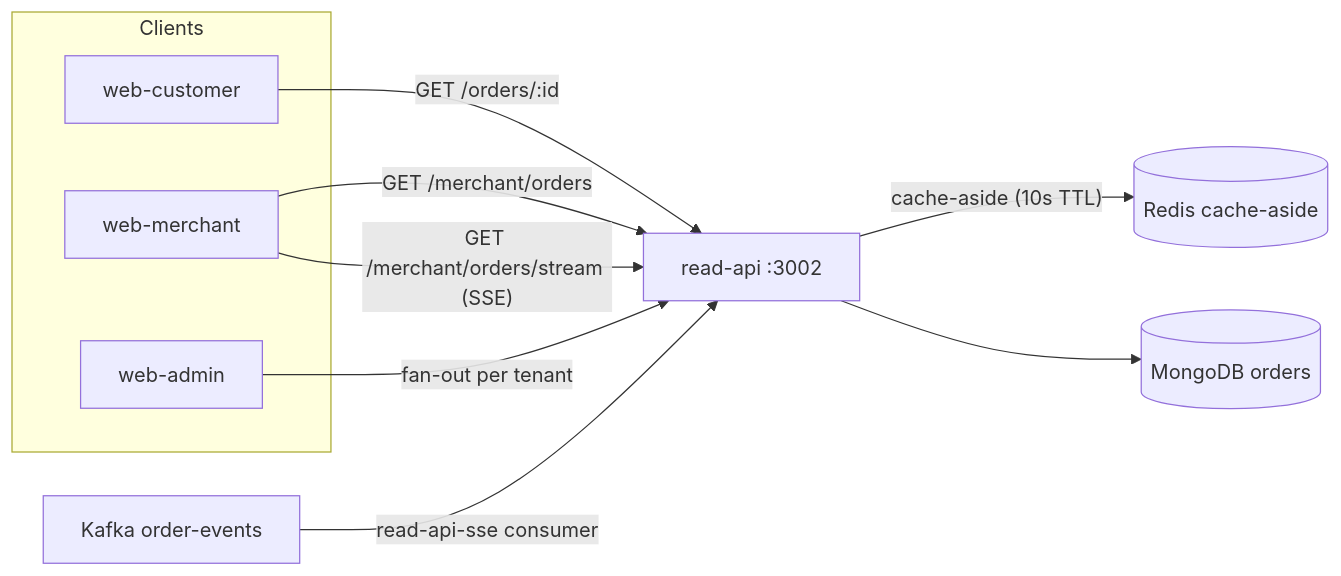
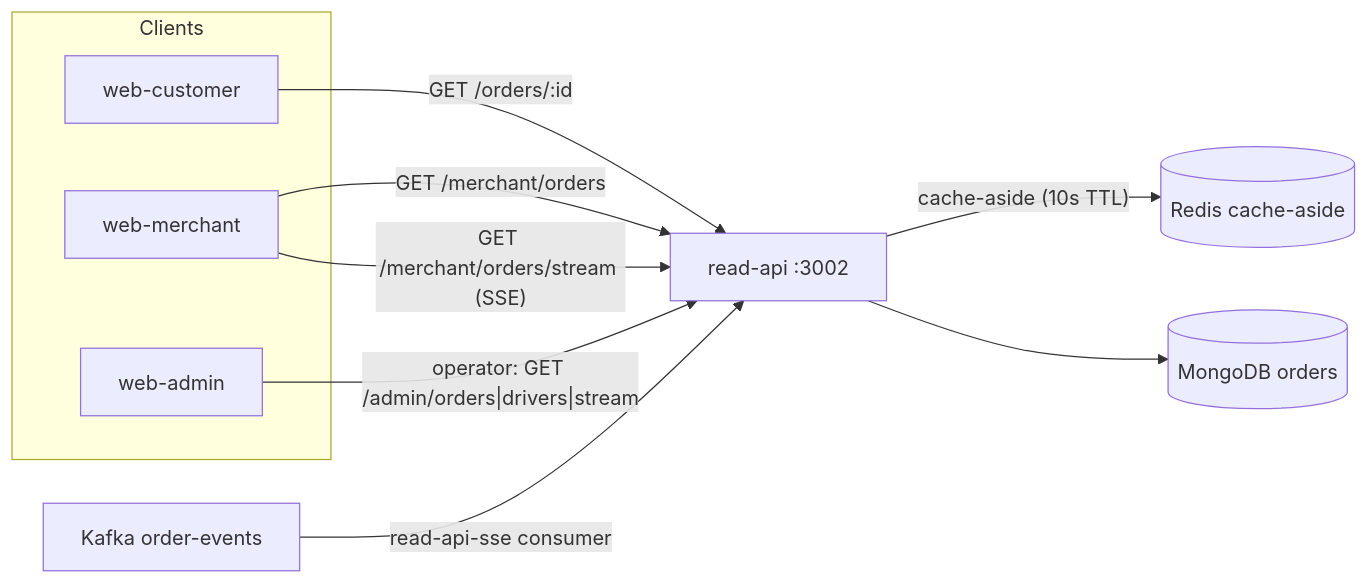
Before and after one commit to khasang12/FlashBite: the fourth of 7 diagrams in docs/ARCHITECTURE.md, drawn with Mermaid. The commit also changed other lines of this file and 1 other file, not shown here.

Commit message:
docs: reflect completed Phase 2 (verified-JWT tenancy + RLS + operator console + FE auth)

````diff
--- a/docs/ARCHITECTURE.md
+++ b/docs/ARCHITECTURE.md
@@ -191,20 +200,20 @@
 ```mermaid
 flowchart LR
   subgraph Clients
     M["web-merchant"]
     Cu["web-customer"]
     Ad["web-admin"]
   end
   R["read-api :3002"]
   MG[("MongoDB orders")]
   RS[("Redis cache-aside")]
   KF["Kafka order-events"]
 
   Cu -->|"GET /orders/:id"| R
   M -->|"GET /merchant/orders"| R
   M -->|"GET /merchant/orders/stream (SSE)"| R
-  Ad -->|"fan-out per tenant"| R
+  Ad -->|"operator: GET /admin/orders|drivers|stream"| R
   R -->|"cache-aside (10s TTL)"| RS
   R --> MG
   KF -->|"read-api-sse consumer"| R
 ```
````
